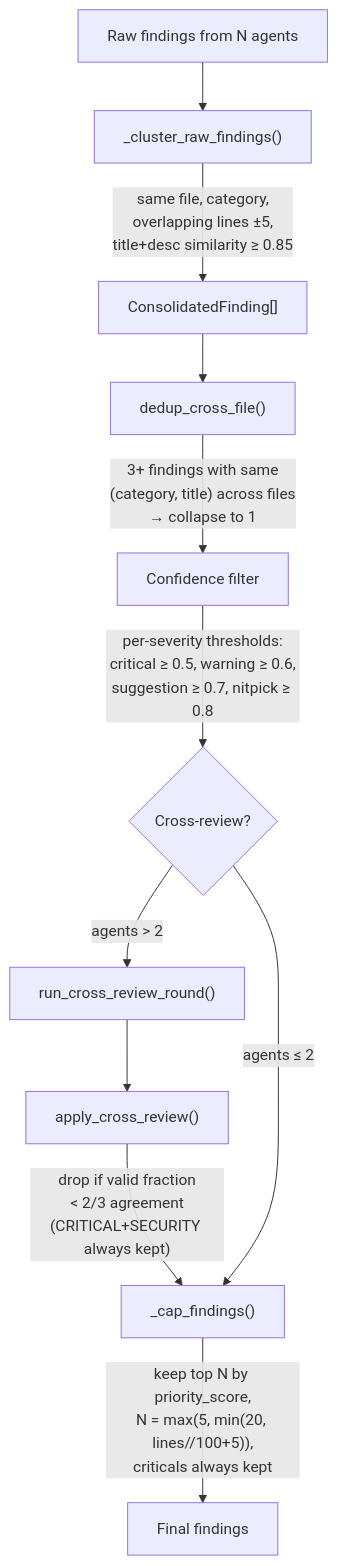
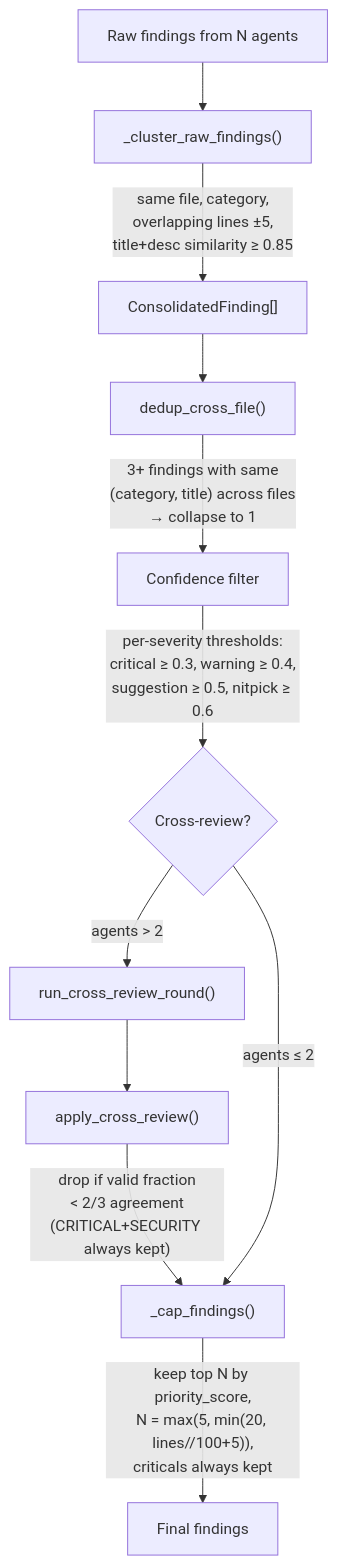
Before and after one commit to calimero-network/ai-code-reviewer: the third of 7 diagrams in docs/ARCHITECTURE.md, drawn with Mermaid. The commit also changed other lines of this file and 2 other files, not shown here.

First line of the commit message:
docs: update ARCHITECTURE, README, CHANGELOG for Sonnet 5 reviewer behavior

````diff
--- a/docs/ARCHITECTURE.md
+++ b/docs/ARCHITECTURE.md
@@ -169,14 +172,14 @@
 ```mermaid
 flowchart TD
     Raw["Raw findings from N agents"]
     Raw --> Cluster["_cluster_raw_findings()"]
     Cluster --> |"same file, category,\noverlapping lines ±5,\ntitle+desc similarity ≥ 0.85"| Merged["ConsolidatedFinding[]"]
     Merged --> Dedup["dedup_cross_file()"]
     Dedup --> |"3+ findings with same\n(category, title) across files\n→ collapse to 1"| Filtered["Confidence filter"]
-    Filtered --> |"per-severity thresholds:\ncritical ≥ 0.5, warning ≥ 0.6,\nsuggestion ≥ 0.7, nitpick ≥ 0.8"| XR{"Cross-review?"}
+    Filtered --> |"per-severity thresholds:\ncritical ≥ 0.3, warning ≥ 0.4,\nsuggestion ≥ 0.5, nitpick ≥ 0.6"| XR{"Cross-review?"}
     XR -- "agents > 2" --> CrossReview["run_cross_review_round()"]
     CrossReview --> Apply["apply_cross_review()"]
     Apply --> |"drop if valid fraction\n< 2/3 agreement\n(CRITICAL+SECURITY always kept)"| Cap["_cap_findings()"]
     XR -- "agents ≤ 2" --> Cap
     Cap --> |"keep top N by priority_score,\nN = max(5, min(20, lines//100+5)),\ncriticals always kept"| Final["Final findings"]
 ```
````
